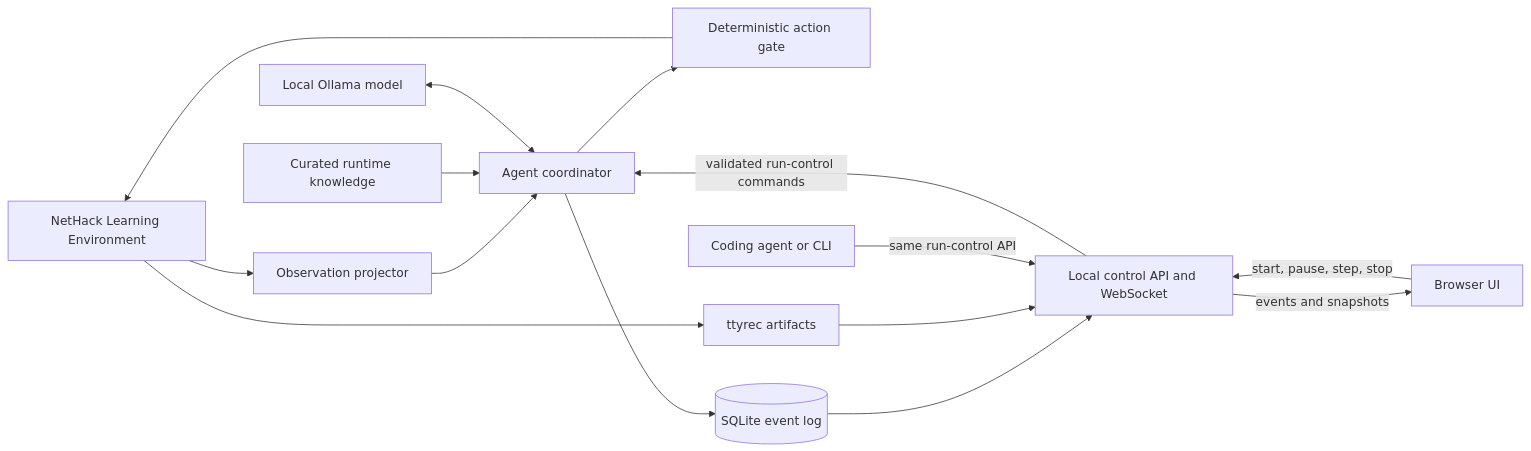
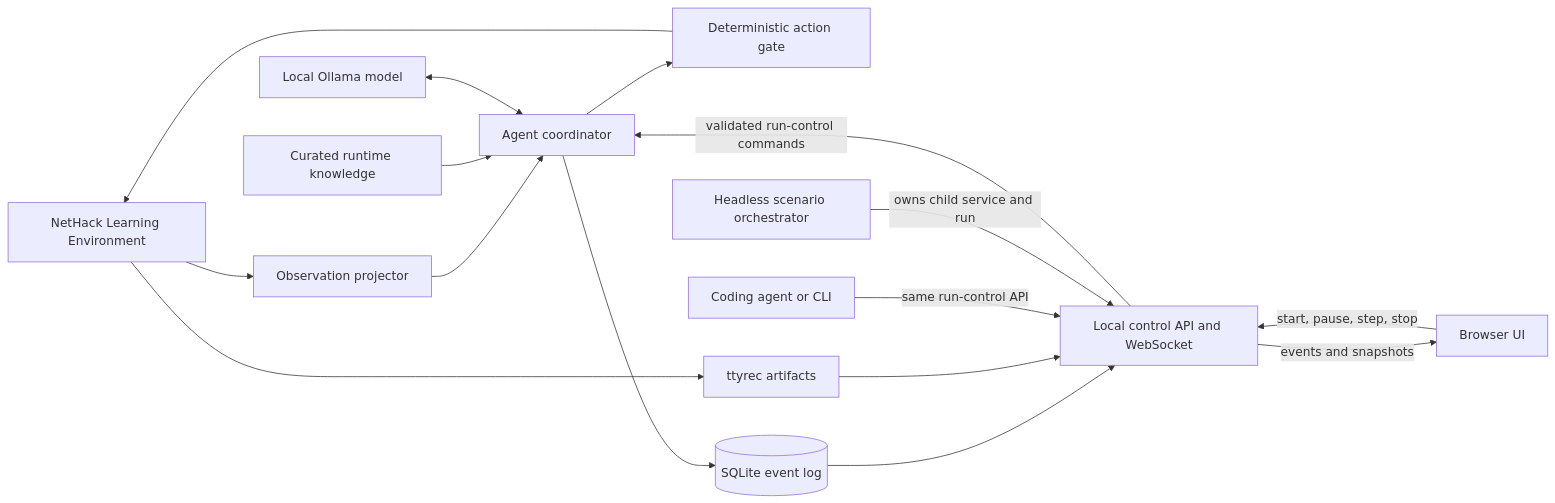
One commit to Stimim/workspace-agent-play-nethack changed the diagram in ARCHITECTURE.md. Above: the diagram before and after it, drawn with Mermaid. The commit also changed other lines of this file and 10 other files, not shown here.

````diff
--- a/ARCHITECTURE.md
+++ b/ARCHITECTURE.md
@@ -13,17 +13,18 @@
 ```mermaid
 flowchart LR
     NLE[NetHack Learning Environment] --> OBS[Observation projector]
     OBS --> COORD[Agent coordinator]
     KB[Curated runtime knowledge] --> COORD
     OLLAMA[Local Ollama model] <--> COORD
     COORD --> GATE[Deterministic action gate]
     GATE --> NLE
     COORD --> EVENTS[(SQLite event log)]
     NLE --> TTY[ttyrec artifacts]
     EVENTS --> API[Local control API and WebSocket]
     TTY --> API
     API -->|events and snapshots| UI[Browser UI]
     UI -->|start, pause, step, stop| API
     DEV[Coding agent or CLI] -->|same run-control API| API
     API -->|validated run-control commands| COORD
+    ORCH[Headless scenario orchestrator] -->|owns child service and run| API
 ```
````
